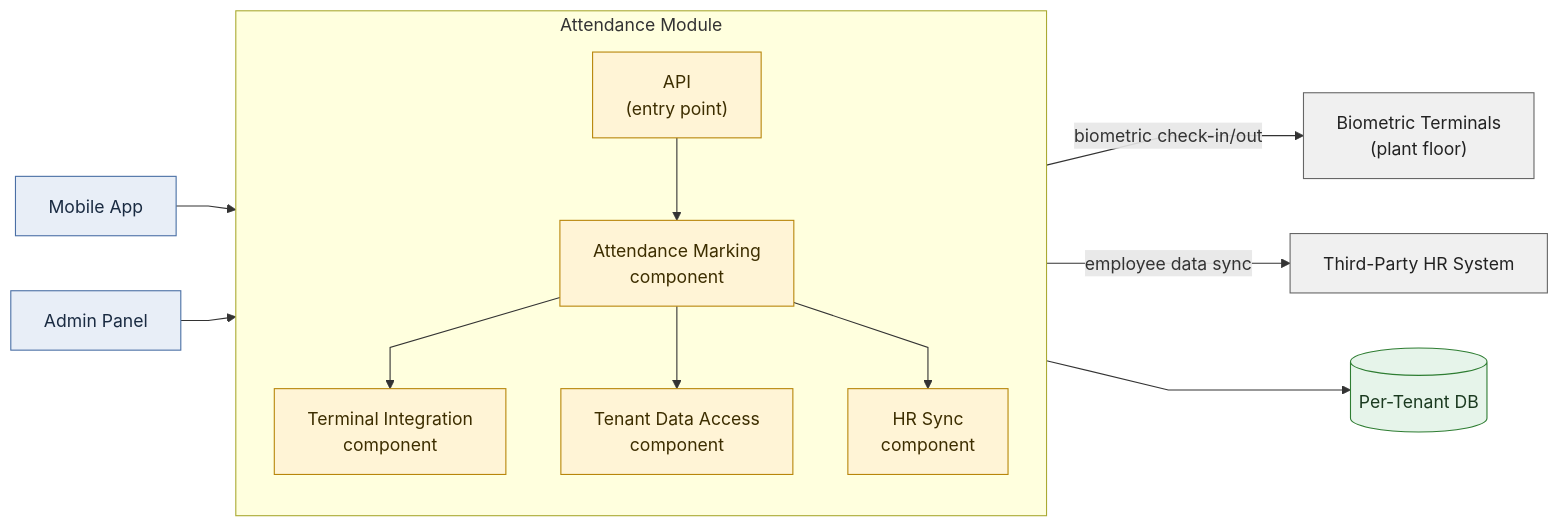
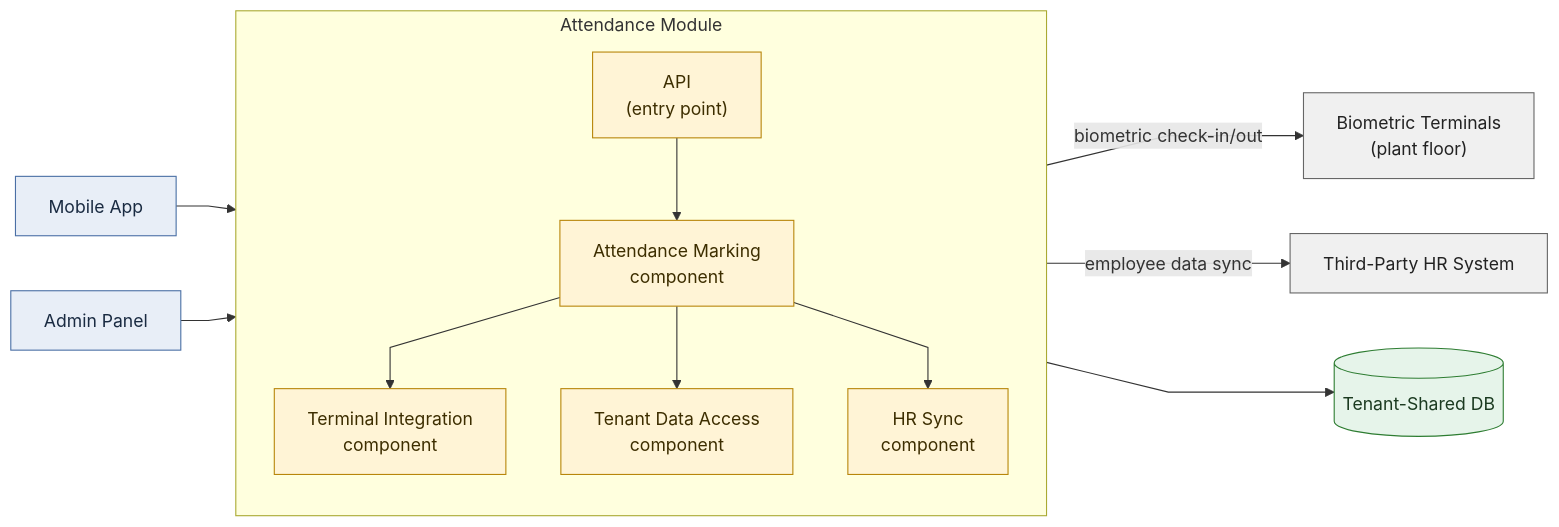
The diagram in resources/diagrams/attendance-c4-component.mmd (Jichimon/portfolio), drawn with Mermaid before and after one commit. The commit also changed 14 other files, not shown here.

```diff
--- a/resources/diagrams/attendance-c4-component.mmd
+++ b/resources/diagrams/attendance-c4-component.mmd
@@ -1,30 +1,30 @@
 %%{init: {'flowchart': {'curve': 'linear'}}}%%
 flowchart LR
   MobileApp["Mobile App"]:::client
   AdminPanel["Admin Panel"]:::client
 
   subgraph AttendanceModule["Attendance Module"]
     direction TB
     API["API<br/>(entry point)"]:::internal
     Marking["Attendance Marking<br/>component"]:::internal
     TerminalSync["Terminal Integration<br/>component"]:::internal
     HRSync["HR Sync<br/>component"]:::internal
     DataAccess["Tenant Data Access<br/>component"]:::internal
 
     API --> Marking
     Marking --> TerminalSync
     Marking --> DataAccess
     Marking --> HRSync
   end
 
   MobileApp --> API
   AdminPanel --> API
 
   TerminalSync -->|"biometric check-in/out"| Terminals["Biometric Terminals<br/>(plant floor)"]:::external
   HRSync -->|"employee data sync"| HRSystem["Third-Party HR System"]:::external
-  DataAccess --> TenantDB[("Per-Tenant DB")]:::store
+  DataAccess --> TenantDB[("Tenant-Shared DB")]:::store
 
   classDef client fill:#e8eef7,stroke:#4a6fa5,color:#1a2b42
   classDef internal fill:#fff4d6,stroke:#b8860b,color:#3d2e00
   classDef external fill:#f0f0f0,stroke:#666666,color:#222222
   classDef store fill:#e6f4ea,stroke:#2e7d32,color:#1b3a20
```
